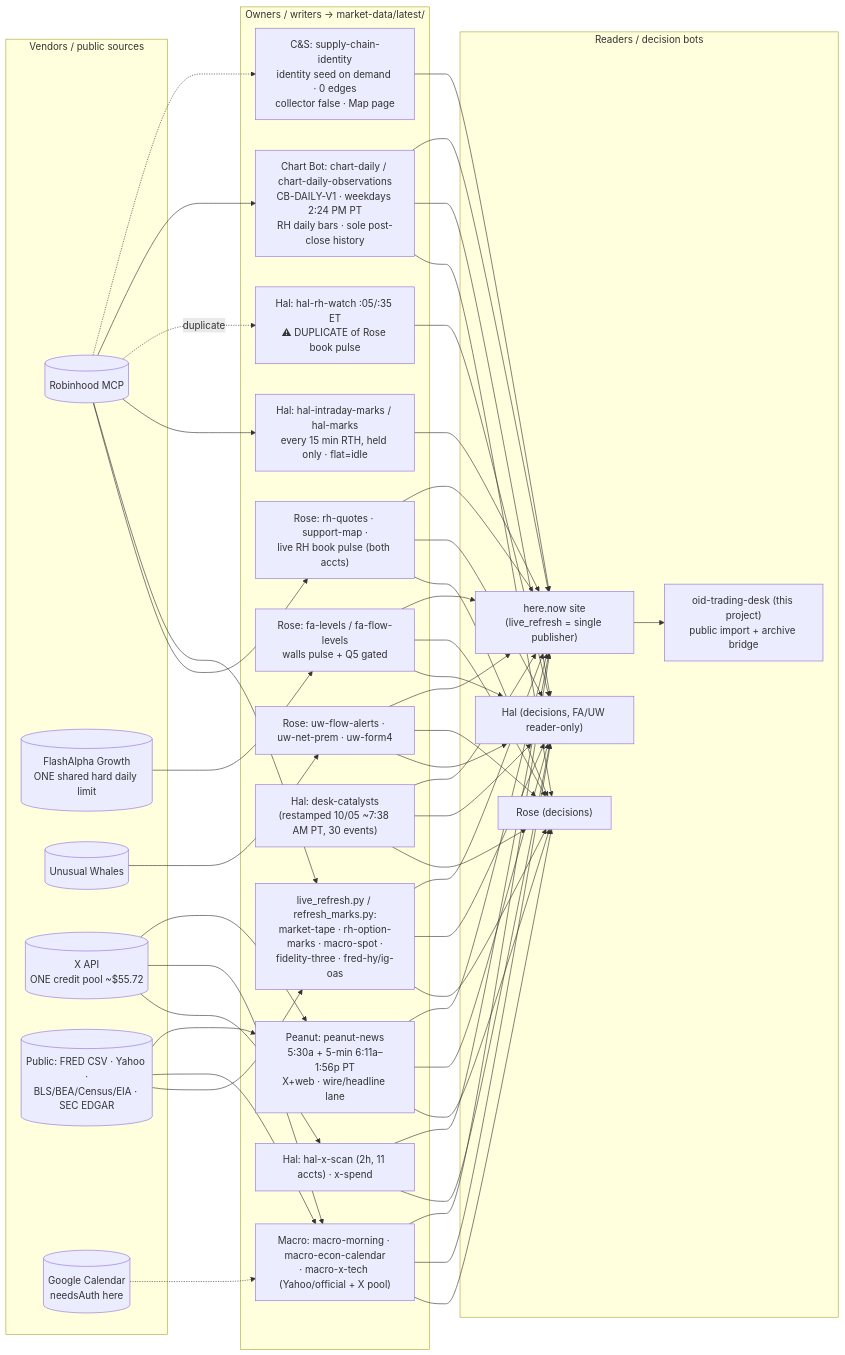
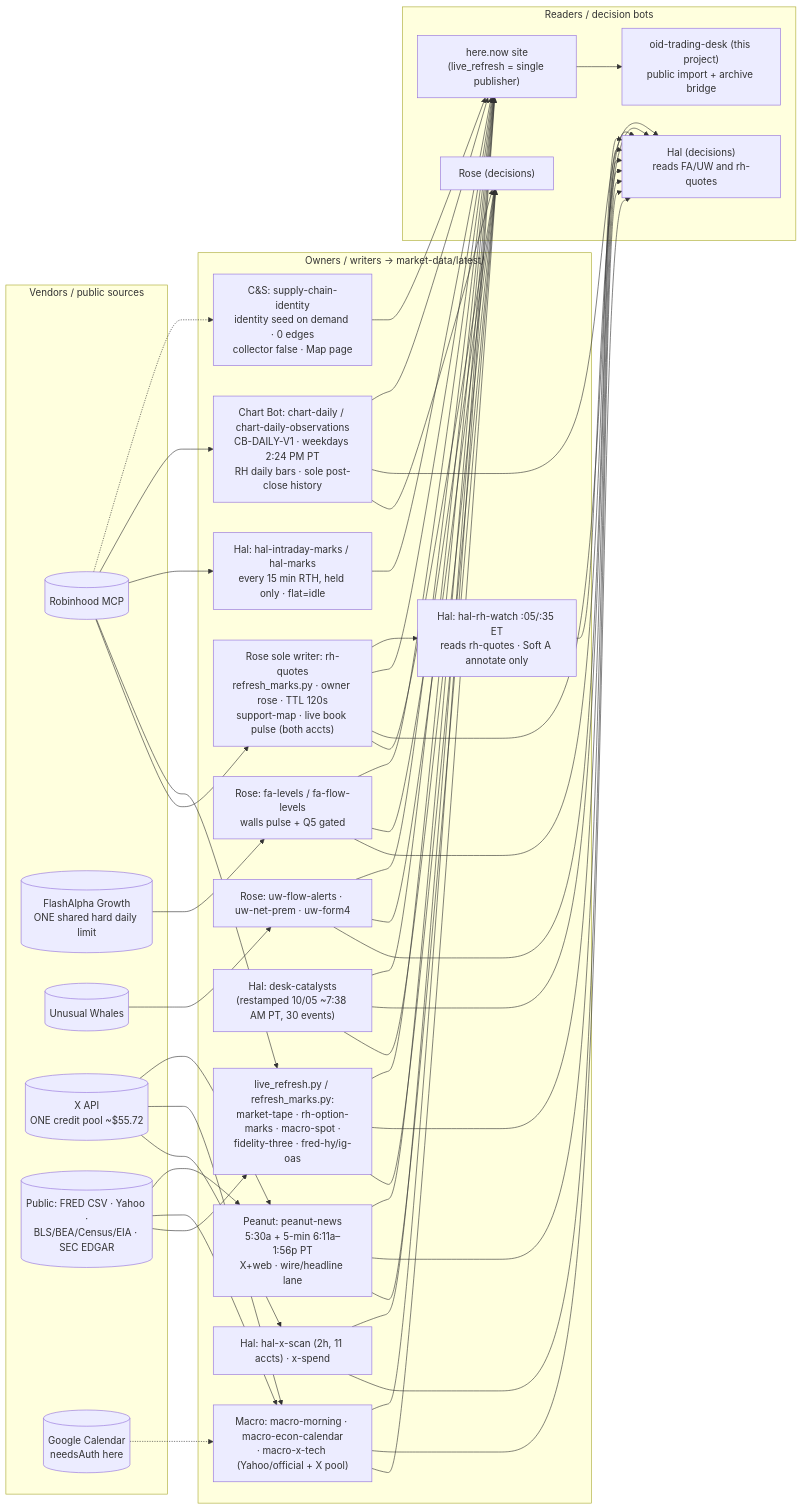
The diagram in docs/QUERY-ARCHITECTURE.md (jeffbazar/oid-trading-desk), drawn with Mermaid before and after one commit. The commit also changed other lines of this file and 13 other files, not shown here.

First line of the commit message:
Rose owns shared RH equity quotes; Hal reads rh-quotes

````diff
--- a/docs/QUERY-ARCHITECTURE.md
+++ b/docs/QUERY-ARCHITECTURE.md
@@ -8,63 +8,63 @@
 ```mermaid
 flowchart LR
   subgraph V["Vendors / public sources"]
     RH[("Robinhood MCP")]
     FA[("FlashAlpha Growth<br/>ONE shared hard daily limit")]
     UW[("Unusual Whales")]
     X[("X API<br/>ONE credit pool ~$55.72")]
     PUB[("Public: FRED CSV · Yahoo ·<br/>BLS/BEA/Census/EIA · SEC EDGAR")]
     GC[("Google Calendar<br/>needsAuth here")]
   end
 
   subgraph W["Owners / writers → market-data/latest/"]
     ROSE_FA["Rose: fa-levels / fa-flow-levels<br/>walls pulse + Q5 gated"]
     ROSE_UW["Rose: uw-flow-alerts · uw-net-prem · uw-form4"]
-    ROSE_RH["Rose: rh-quotes · support-map ·<br/>live RH book pulse (both accts)"]
+    ROSE_RH["Rose sole writer: rh-quotes<br/>refresh_marks.py · owner rose · TTL 120s<br/>support-map · live book pulse (both accts)"]
     LR["live_refresh.py / refresh_marks.py:<br/>market-tape · rh-option-marks · macro-spot ·<br/>fidelity-three · fred-hy/ig-oas"]
     HAL_M["Hal: hal-intraday-marks / hal-marks<br/>every 15 min RTH, held only · flat=idle"]
-    HAL_W["Hal: hal-rh-watch :05/:35 ET<br/>⚠ DUPLICATE of Rose book pulse"]
+    HAL_W["Hal: hal-rh-watch :05/:35 ET<br/>reads rh-quotes · Soft A annotate only"]
     HAL_X["Hal: hal-x-scan (2h, 11 accts) · x-spend"]
     HAL_C["Hal: desk-catalysts<br/>(restamped 10/05 ~7:38 AM PT, 30 events)"]
     CH["Chart Bot: chart-daily / chart-daily-observations<br/>CB-DAILY-V1 · weekdays 2:24 PM PT<br/>RH daily bars · sole post-close history"]
     MAC["Macro: macro-morning · macro-econ-calendar<br/>· macro-x-tech (Yahoo/official + X pool)"]
     PN["Peanut: peanut-news<br/>5:30a + 5-min 6:11a–1:56p PT<br/>X+web · wire/headline lane"]
     CS["C&S: supply-chain-identity<br/>identity seed on demand · 0 edges<br/>collector false · Map page"]
   end
 
   subgraph R["Readers / decision bots"]
     ROSE["Rose (decisions)"]
-    HAL["Hal (decisions, FA/UW reader-only)"]
+    HAL["Hal (decisions)<br/>reads FA/UW and rh-quotes"]
     SITE["here.now site<br/>(live_refresh = single publisher)"]
     OIDD["oid-trading-desk (this project)<br/>public import + archive bridge"]
   end
 
   FA --> ROSE_FA
   UW --> ROSE_UW
   RH --> ROSE_RH
   RH --> LR
   RH --> HAL_M
-  RH -.duplicate.-> HAL_W
   RH --> CH
   RH -.-> CS
   PUB --> LR
   PUB --> MAC
   GC -.-> MAC
   X --> HAL_X
   X --> MAC
   X --> PN
   PUB --> PN
 
   ROSE_FA --> HAL & ROSE & SITE
   ROSE_UW --> HAL & ROSE & SITE
   ROSE_RH --> ROSE & HAL & SITE
+  ROSE_RH --> HAL_W
   LR --> ROSE & HAL & SITE
   HAL_M --> SITE
   HAL_W --> HAL
   HAL_X --> HAL & SITE
   HAL_C --> ROSE & HAL & SITE
   CH --> ROSE & HAL & SITE
   MAC --> ROSE & HAL & SITE
   PN --> ROSE & HAL & SITE
   CS --> SITE
   SITE --> OIDD
 ```
````
